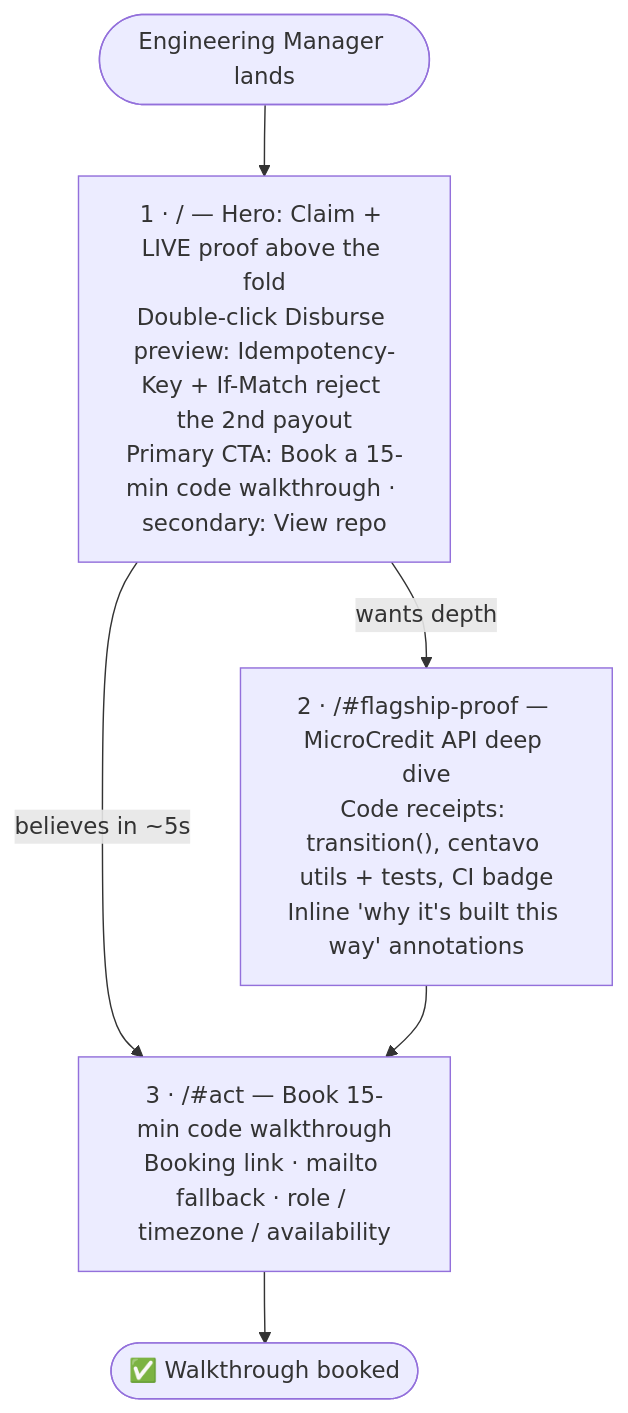
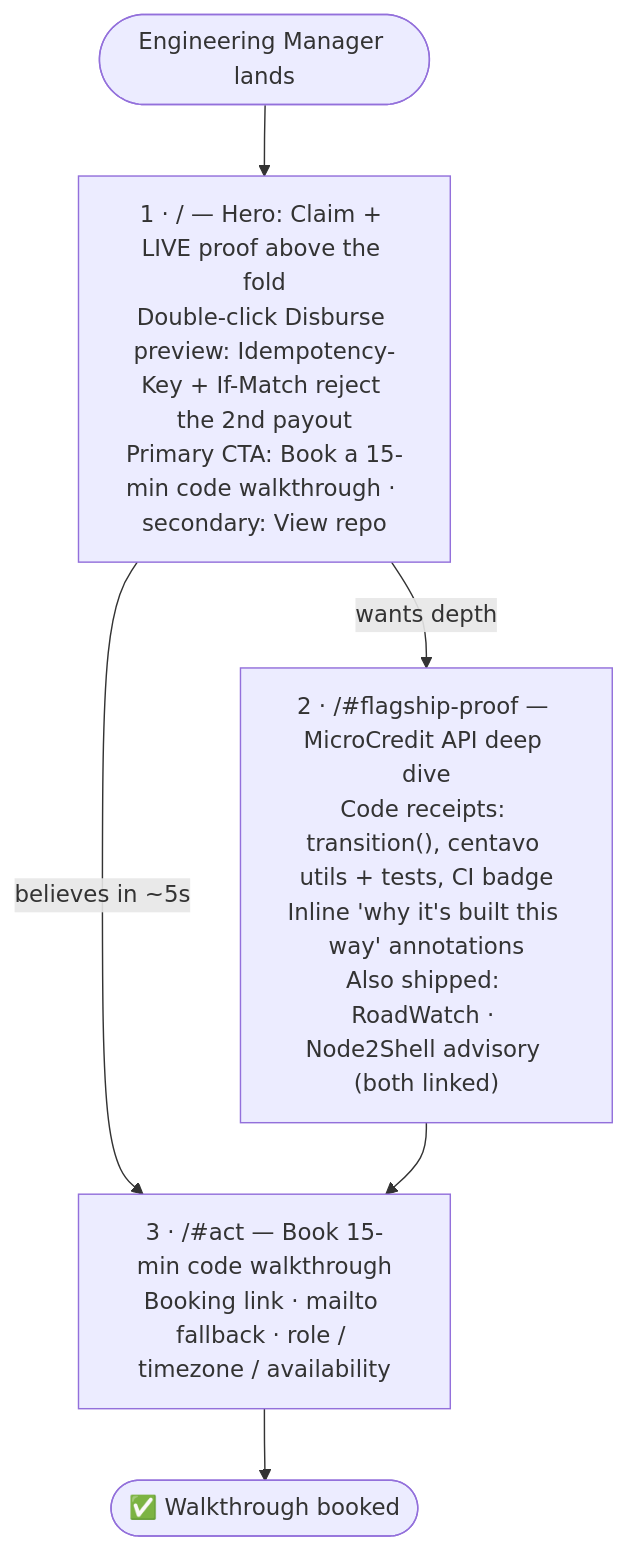
One commit to l3n8n-ocd/microcredit-api changed the second of 2 diagrams in docs/PORTFOLIO_PATH.md. Above: the diagram before and after it, drawn with Mermaid. The commit also changed other lines of this file and 4 other files, not shown here.

````diff
--- a/docs/PORTFOLIO_PATH.md
+++ b/docs/PORTFOLIO_PATH.md
@@ -160,10 +160,10 @@
 ```mermaid
 flowchart TD
     L([Engineering Manager lands]) --> H
     H["1 · / — Hero: Claim + LIVE proof above the fold<br/>Double-click Disburse preview: Idempotency-Key + If-Match reject the 2nd payout<br/>Primary CTA: Book a 15-min code walkthrough · secondary: View repo"]
     H -->|believes in ~5s| X
     H -->|wants depth| F
-    F["2 · /#flagship-proof — MicroCredit API deep dive<br/>Code receipts: transition(), centavo utils + tests, CI badge<br/>Inline 'why it's built this way' annotations"]
+    F["2 · /#flagship-proof — MicroCredit API deep dive<br/>Code receipts: transition(), centavo utils + tests, CI badge<br/>Inline 'why it's built this way' annotations<br/>Also shipped: RoadWatch · Node2Shell advisory (both linked)"]
     F --> X["3 · /#act — Book 15-min code walkthrough<br/>Booking link · mailto fallback · role / timezone / availability"]
     X --> D([✅ Walkthrough booked])
 ```
````
